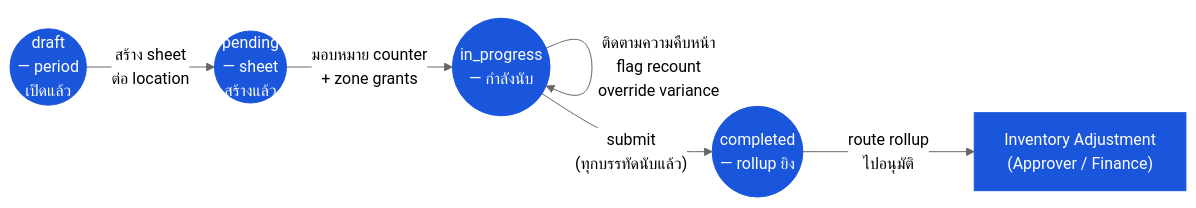
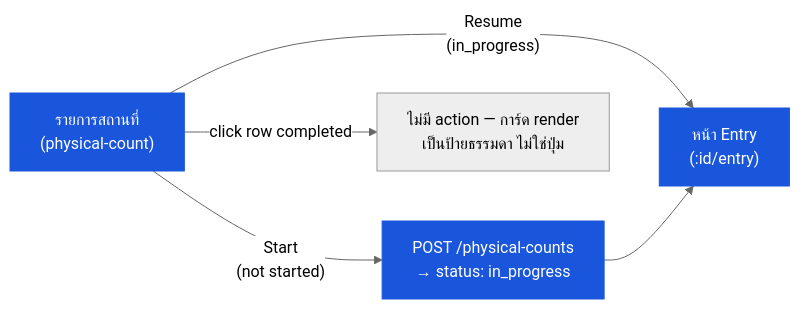
Before and after one commit to CarmenSoftware-organization/carmen-wiki: the diagram in th/inventory/physical-count/03-user-flow-count-lead.md, drawn with Mermaid (neutral theme). The commit also changed other lines of this file and 22 other files, not shown here.

First line of the commit message:
docs(resync): physical-count snapshot — near-total rewrite; module documented a fabricated three-tier persona model, real flow is a single-permission list→entry→review→submit journey whose rollup never reaches the inventory ledger

````diff
--- a/th/inventory/physical-count/03-user-flow-count-lead.md
+++ b/th/inventory/physical-count/03-user-flow-count-lead.md
@@ -23,9 +23,9 @@
 ```mermaid
 graph LR
-    period_create(("draft\n— period\nเปิดแล้ว")):::current -->|"สร้าง sheet\nต่อ location"| pending(("pending\n— sheet\nสร้างแล้ว")):::current
-    pending -->|"มอบหมาย counter\n+ zone grants"| in_progress(("in_progress\n— กำลังนับ")):::current
-    in_progress -->|"ติดตามความคืบหน้า\nflag recount\noverride variance"| in_progress
-    in_progress -->|"submit\n(ทุกบรรทัดนับแล้ว)"| completed(("completed\n— rollup ยิง")):::current
-    completed -->|"route rollup\nไปอนุมัติ"| adj["Inventory Adjustment\n(Approver / Finance)"]:::current
+    list["รายการสถานที่\n(physical-count)"] -->|"Start\n(not started)"| create["POST /physical-counts\n→ status: in_progress"]
+    list -->|"Resume\n(in_progress)"| entry
+    create --> entry["หน้า Entry\n(:id/entry)"]
+    list -->|"click row completed"| noop["ไม่มี action — การ์ด render\nเป็นป้ายธรรมดา ไม่ใช่ปุ่ม"]
     classDef current fill:#1a56db,color:#fff,stroke:#1a56db;
+    class list,create,entry current
 ```
````
